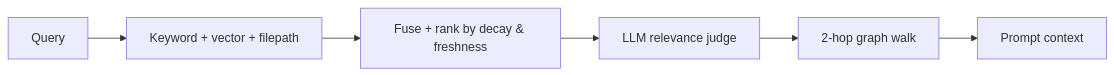
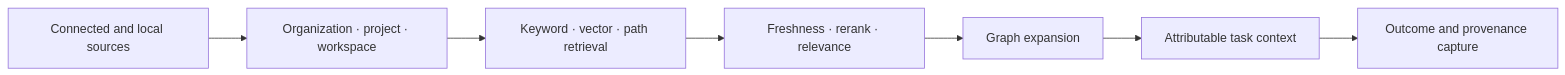
Before and after one commit to kinqsradiollc/BrainRouter: the second of 3 diagrams in PRESENTATION.md, drawn with Mermaid. The commit also changed other lines of this file and 152 other files, not shown here.

````diff
--- a/PRESENTATION.md
+++ b/PRESENTATION.md
@@ -53,8 +88,9 @@
 ```mermaid
-graph LR
-    Q[Query] --> R[Keyword + vector + filepath]
-    R --> F[Fuse + rank by decay & freshness]
-    F --> J[LLM relevance judge]
-    J --> G[2-hop graph walk]
-    G --> P[Prompt context]
+flowchart LR
+  Sources[Connected and local sources] --> Scope[Organization · project · workspace]
+  Scope --> Retrieve[Keyword · vector · path retrieval]
+  Retrieve --> Rank[Freshness · rerank · relevance]
+  Rank --> Relate[Graph expansion]
+  Relate --> Context[Attributable task context]
+  Context --> Capture[Outcome and provenance capture]
 ```
````
